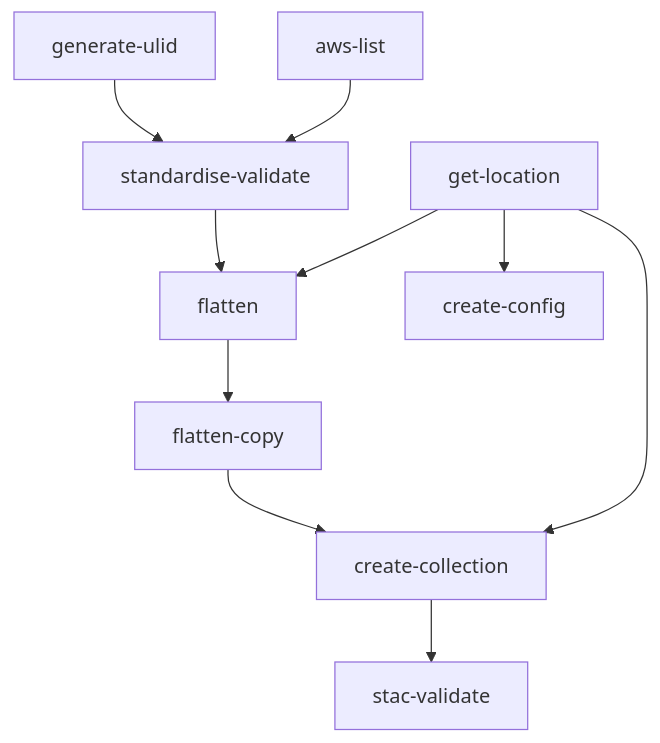
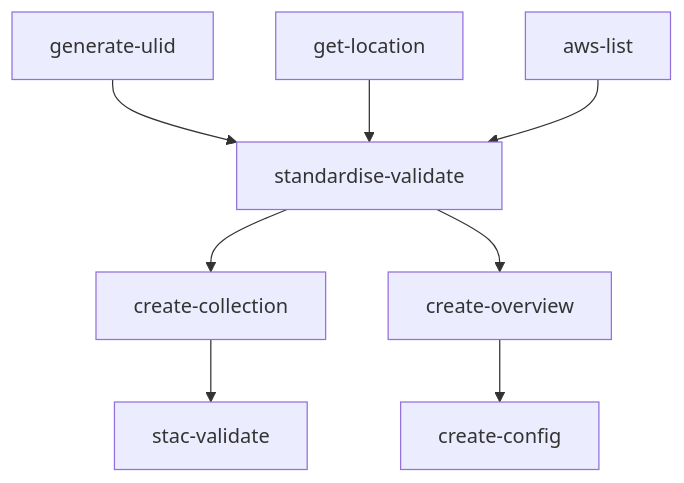
One commit to linz/topo-workflows changed the first of 2 diagrams in workflows/imagery/README.md. Above: the diagram before and after it, drawn with Mermaid. The commit also changed other lines of this file and 2 other files, not shown here.

Commit message:
docs: update related to new standardising workflow

````diff
--- a/workflows/imagery/README.md
+++ b/workflows/imagery/README.md
@@ -95,12 +95,10 @@
 ```mermaid
 graph TD;
     generate-ulid-->standardise-validate;
+    get-location-->standardise-validate;
     aws-list-->standardise-validate;
-    standardise-validate-->flatten;
-    get-location-->flatten;
-    flatten-->flatten-copy;
-    flatten-copy-->create-collection;
-    get-location-->create-collection;
-    get-location-->create-config;
+    standardise-validate-->create-collection;
+    standardise-validate-->create-overview;
     create-collection-->stac-validate;
+    create-overview-->create-config;
 ```
````
